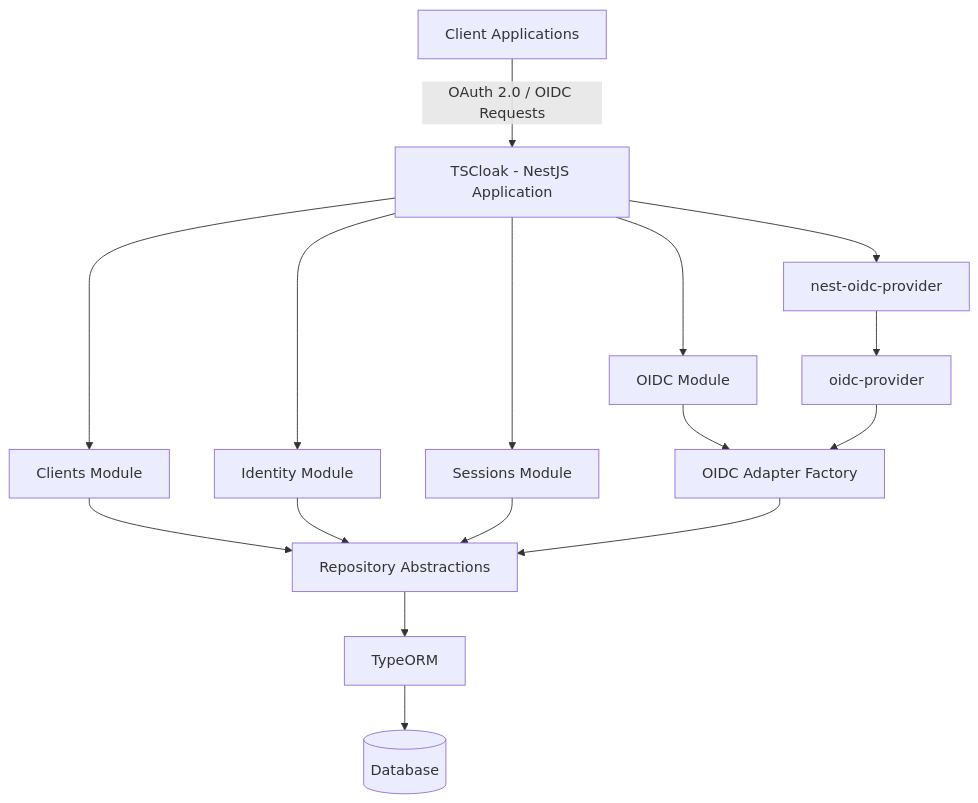
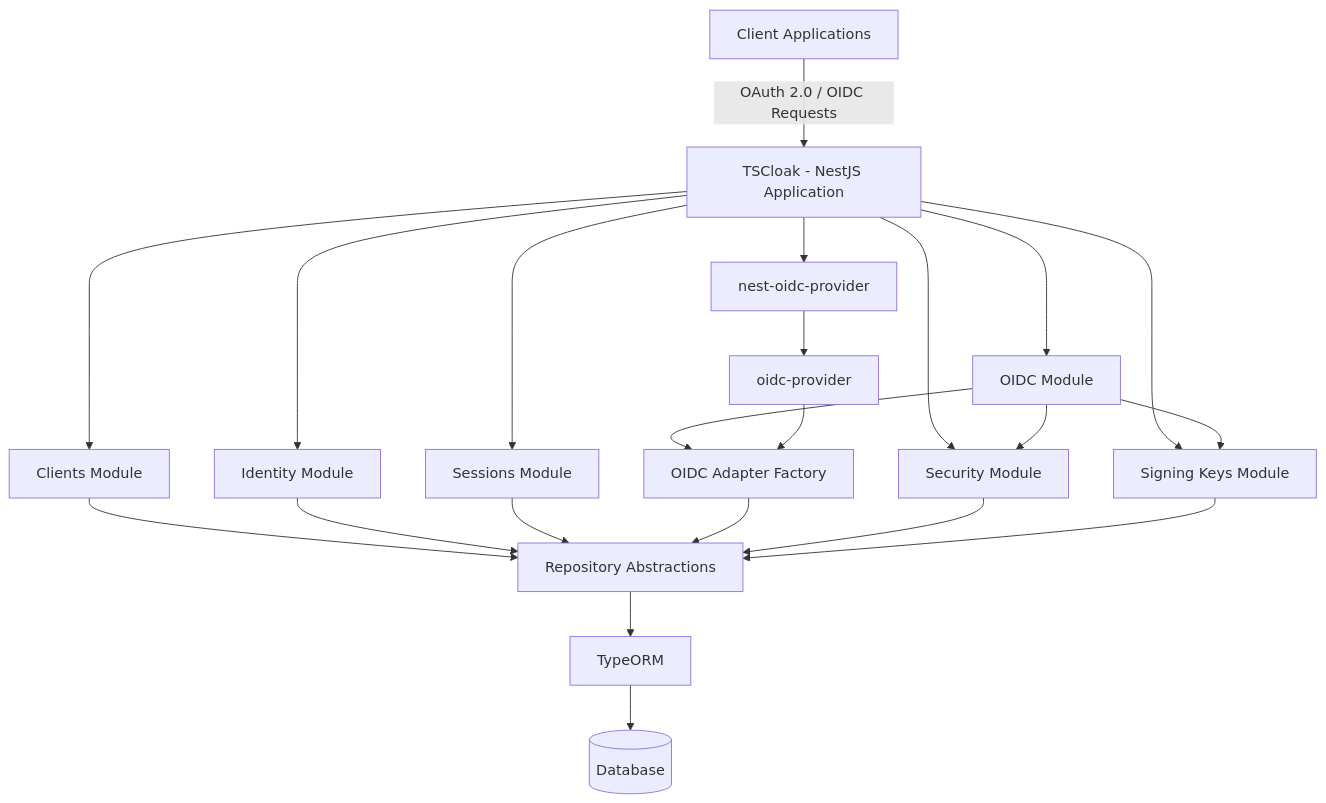
The sixth of 21 diagrams in README.md (TechSivaram/tscloak), drawn with Mermaid before and after one commit. The commit also changed other lines of this file, not shown here.

Commit message:
updated about sign keys and security policy

````diff
--- a/README.md
+++ b/README.md
@@ -350,23 +378,29 @@
 ```mermaid
 flowchart TD
     A["Client Applications"] -->|OAuth 2.0 / OIDC Requests| B["TSCloak - NestJS Application"]
 
     B --> C["nest-oidc-provider"]
     C --> D["oidc-provider"]
 
     B --> E["Clients Module"]
     B --> F["Identity Module"]
     B --> G["Sessions Module"]
     B --> H["OIDC Module"]
+    B --> P["Security Module"]
+    B --> Q["Signing Keys Module"]
 
     H --> I["OIDC Adapter Factory"]
+    H --> P
+    H --> Q
     D --> I
 
     E --> J["Repository Abstractions"]
     F --> J
     G --> J
     I --> J
+    P --> J
+    Q --> J
 
     J --> K["TypeORM"]
     K --> L[("Database")]
 ```
````
